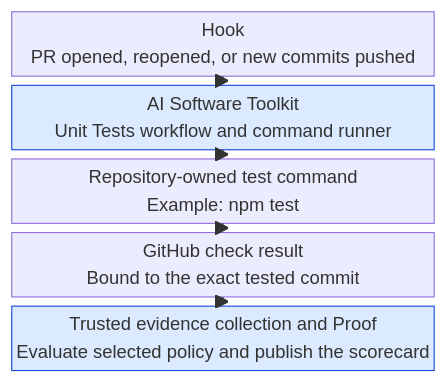
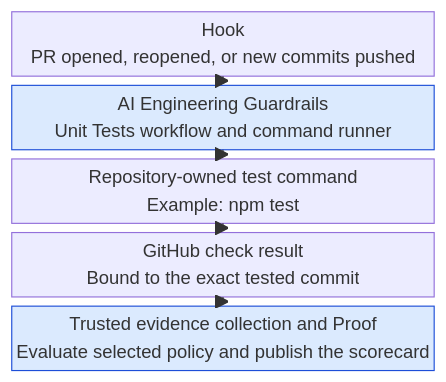
One commit to actions-marketplace-validations/ravisingh11_ai-software-toolkit changed the third of 3 diagrams in README.md. Above: the diagram before and after it, drawn with Mermaid. The commit also changed other lines of this file and 36 other files, not shown here.

First line of the commit message:
Rename project branding to AI Engineering Guardrails (#172)

````diff
--- a/README.md
+++ b/README.md
@@ -375,15 +378,15 @@
 ```mermaid
 block-beta
   columns 1
   A["Hook<br/>PR opened, reopened, or new commits pushed"]
-  B["AI Software Toolkit<br/>Unit Tests workflow and command runner"]
+  B["AI Engineering Guardrails<br/>Unit Tests workflow and command runner"]
   C["Repository-owned test command<br/>Example: npm test"]
   D["GitHub check result<br/>Bound to the exact tested commit"]
   E["Trusted evidence collection and Proof<br/>Evaluate selected policy and publish the scorecard"]
   A --> B
   B --> C
   C --> D
   D --> E
   classDef toolkit fill:#dbeafe,stroke:#1d4ed8,color:#172554
   class B,E toolkit
 ```
````
